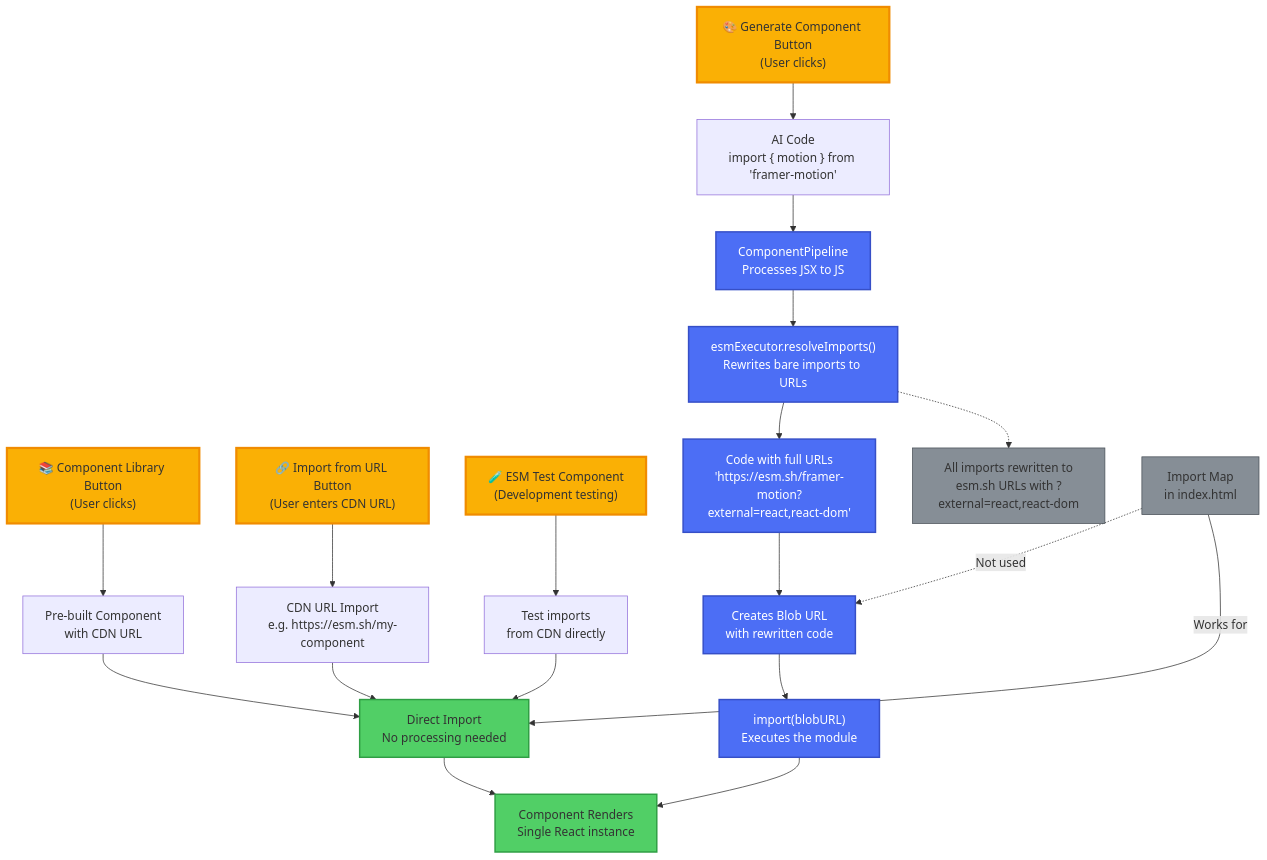
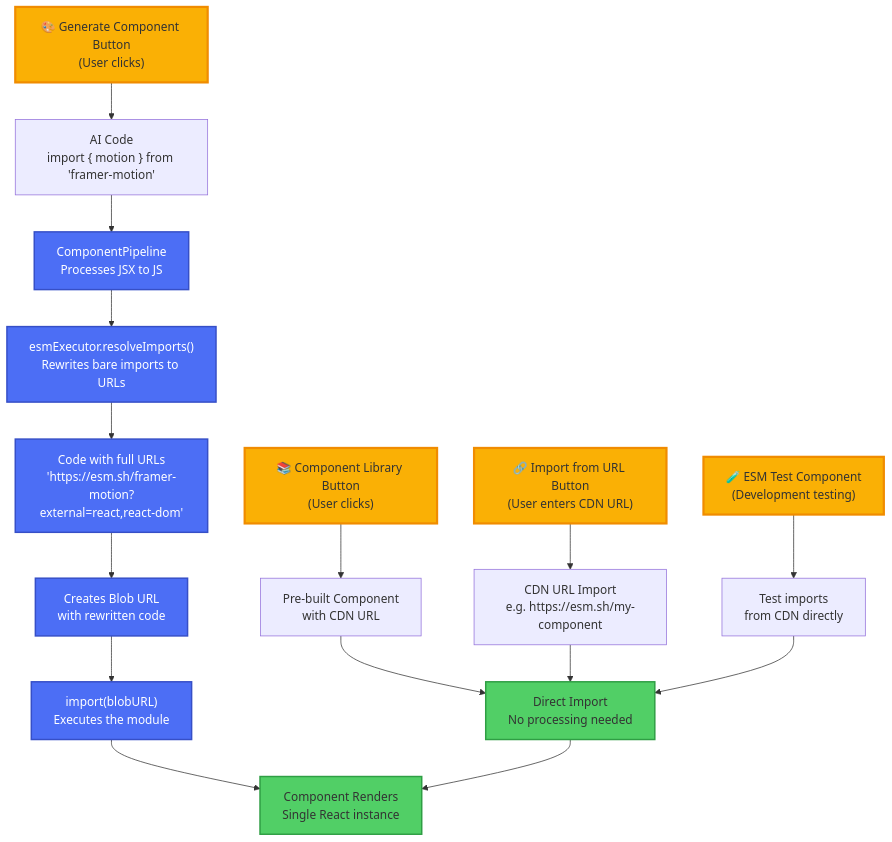
The diagram in docs/ai-component-flow.md (Zabaca/vibeboard), drawn with Mermaid before and after one commit.

Commit message:
Clean up AI component flow diagram
- Remove gray annotation block about import rewriting
- Remove import map element to focus on actual flow paths
- Diagram now clearly shows linear AI flow vs direct CDN import

````diff
--- a/docs/ai-component-flow.md
+++ b/docs/ai-component-flow.md
@@ -8,37 +8,30 @@
 ```mermaid
 graph TB
     %% Entry Points
     GenBtn["🎨 Generate Component Button<br/>(User clicks)"] --> AI["AI Code<br/>import { motion } from 'framer-motion'"]
     LibBtn["📚 Component Library Button<br/>(User clicks)"] --> LibComp["Pre-built Component<br/>with CDN URL"]
     URLBtn["🔗 Import from URL Button<br/>(User enters CDN URL)"] --> URLComp["CDN URL Import<br/>e.g. https://esm.sh/my-component"]
     TestBtn["🧪 ESM Test Component<br/>(Development testing)"] --> TestComp["Test imports<br/>from CDN directly"]
     
     %% AI Flow
     AI --> Pipeline["ComponentPipeline<br/>Processes JSX to JS"]
     Pipeline --> ESM["esmExecutor.resolveImports()<br/>Rewrites bare imports to URLs"]
     ESM --> Rewritten["Code with full URLs<br/>'https://esm.sh/framer-motion?external=react,react-dom'"]
     Rewritten --> Blob["Creates Blob URL<br/>with rewritten code"]
     Blob --> Import["import(blobURL)<br/>Executes the module"]
     Import --> Success["Component Renders<br/>Single React instance"]
     
     %% CDN Direct Import Flow (Simplified)
     LibComp --> Direct["Direct Import<br/>No processing needed"]
     URLComp --> Direct
     TestComp --> Direct
     Direct --> Success
     
-    %% Supporting elements
-    ESM -.-> Solution["All imports rewritten to<br/>esm.sh URLs with ?external=react,react-dom"]
-    Map["Import Map<br/>in index.html"] -.->|Not used| Blob
-    Map -->|Works for| Direct
-    
     classDef entry fill:#fab005,stroke:#f08c00,stroke-width:3px
     classDef success fill:#51cf66,stroke:#2f9e44,stroke-width:2px
     classDef normal fill:#4c6ef5,stroke:#364fc7,stroke-width:2px,color:#fff
-    classDef solution fill:#868e96,stroke:#495057,stroke-width:1px
     
     class GenBtn,LibBtn,URLBtn,TestBtn entry
     class Success,Direct success
     class Pipeline,ESM,Rewritten,Blob,Import normal
-    class Solution,Map solution
 ```
````
